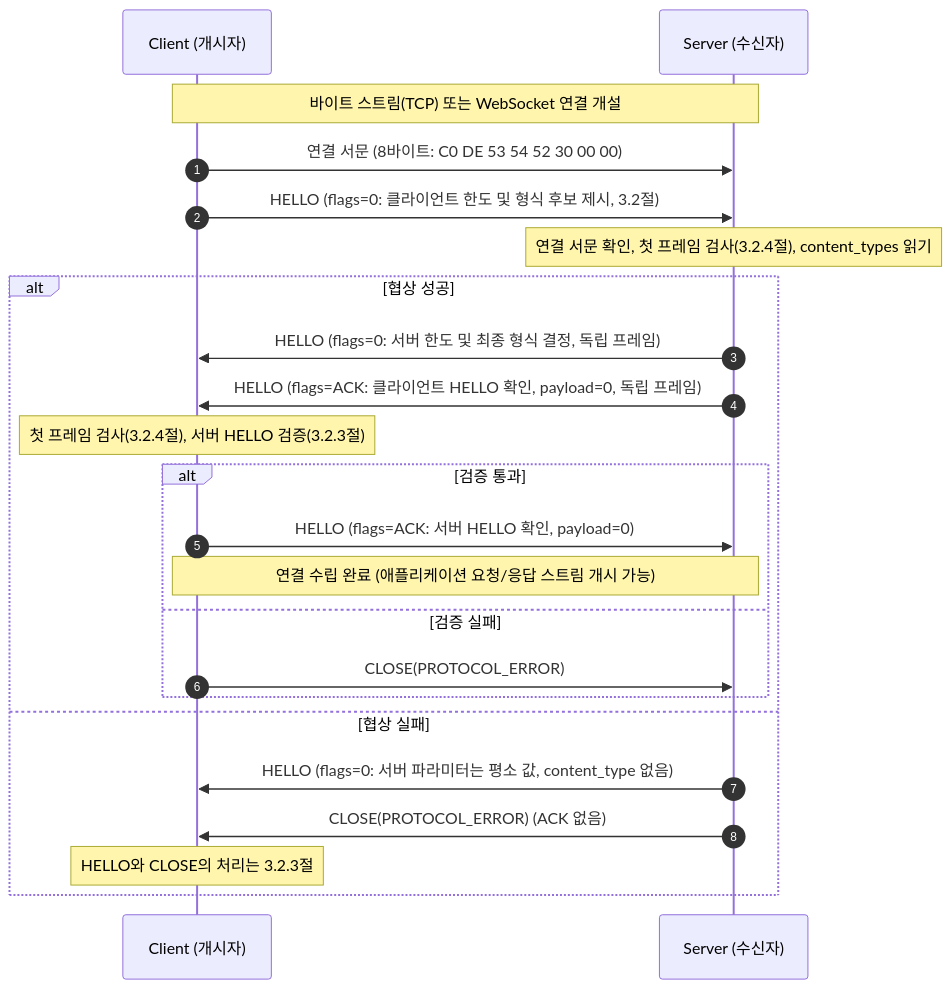
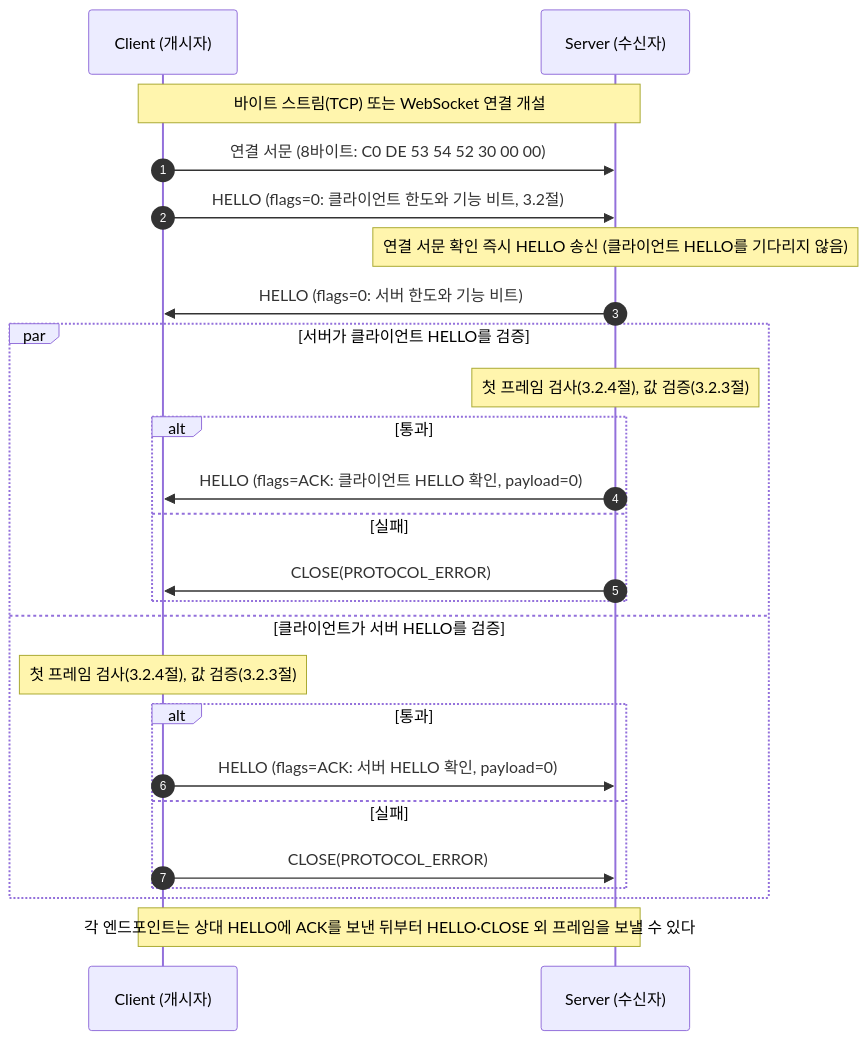
Before and after one commit to ppzxc/strand: the first of 3 diagrams in docs/specification/STRAND_SPECIFICATION.md, drawn with Mermaid. The commit also changed other lines of this file, not shown here.

First line of the commit message:
docs: 연결 수립을 ACK 관문 하나로 단순화 (#90)

````diff
--- a/docs/specification/STRAND_SPECIFICATION.md
+++ b/docs/specification/STRAND_SPECIFICATION.md
@@ -413,28 +378,31 @@
 ```mermaid
 sequenceDiagram
     autonumber
     participant C as Client (개시자)
     participant S as Server (수신자)
 
     Note over C,S: 바이트 스트림(TCP) 또는 WebSocket 연결 개설
     C->>S: 연결 서문 (8바이트: C0 DE 53 54 52 30 00 00)
-    C->>S: HELLO (flags=0: 클라이언트 한도 및 형식 후보 제시, 3.2절)
+    C->>S: HELLO (flags=0: 클라이언트 한도와 기능 비트, 3.2절)
 
-    Note over S: 연결 서문 확인, 첫 프레임 검사(3.2.4절), content_types 읽기
-    alt 협상 성공
-        S->>C: HELLO (flags=0: 서버 한도 및 최종 형식 결정, 독립 프레임)
-        S->>C: HELLO (flags=ACK: 클라이언트 HELLO 확인, payload=0, 독립 프레임)
+    Note over S: 연결 서문 확인 즉시 HELLO 송신 (클라이언트 HELLO를 기다리지 않음)
+    S->>C: HELLO (flags=0: 서버 한도와 기능 비트)
 
-        Note over C: 첫 프레임 검사(3.2.4절), 서버 HELLO 검증(3.2.3절)
-        alt 검증 통과
+    par 서버가 클라이언트 HELLO를 검증
+        Note over S: 첫 프레임 검사(3.2.4절), 값 검증(3.2.3절)
+        alt 통과
+            S->>C: HELLO (flags=ACK: 클라이언트 HELLO 확인, payload=0)
+        else 실패
+            S->>C: CLOSE(PROTOCOL_ERROR)
+        end
+    and 클라이언트가 서버 HELLO를 검증
+        Note over C: 첫 프레임 검사(3.2.4절), 값 검증(3.2.3절)
+        alt 통과
             C->>S: HELLO (flags=ACK: 서버 HELLO 확인, payload=0)
-            Note over C,S: 연결 수립 완료 (애플리케이션 요청/응답 스트림 개시 가능)
-        else 검증 실패
+        else 실패
             C->>S: CLOSE(PROTOCOL_ERROR)
         end
-    else 협상 실패
-        S->>C: HELLO (flags=0: 서버 파라미터는 평소 값, content_type 없음)
-        S->>C: CLOSE(PROTOCOL_ERROR) (ACK 없음)
-        Note over C: HELLO와 CLOSE의 처리는 3.2.3절
     end
+
+    Note over C,S: 각 엔드포인트는 상대 HELLO에 ACK를 보낸 뒤부터 HELLO·CLOSE 외 프레임을 보낼 수 있다
 ```
````
